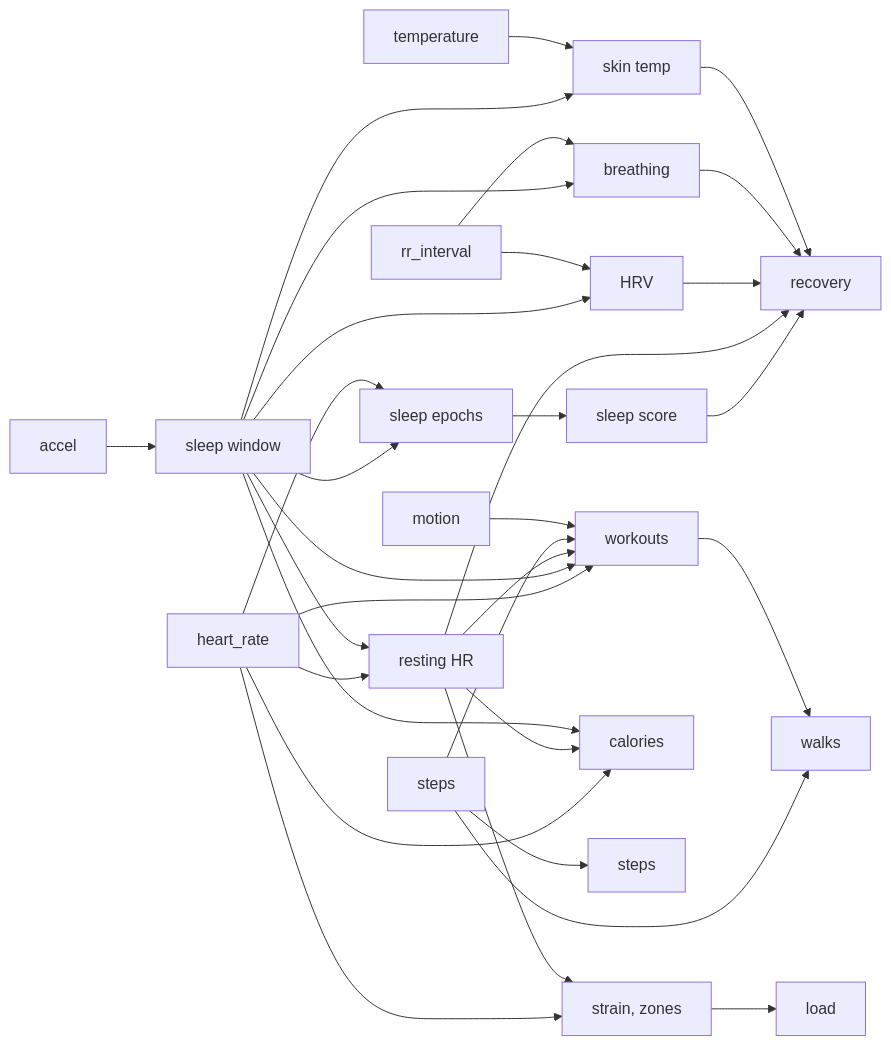
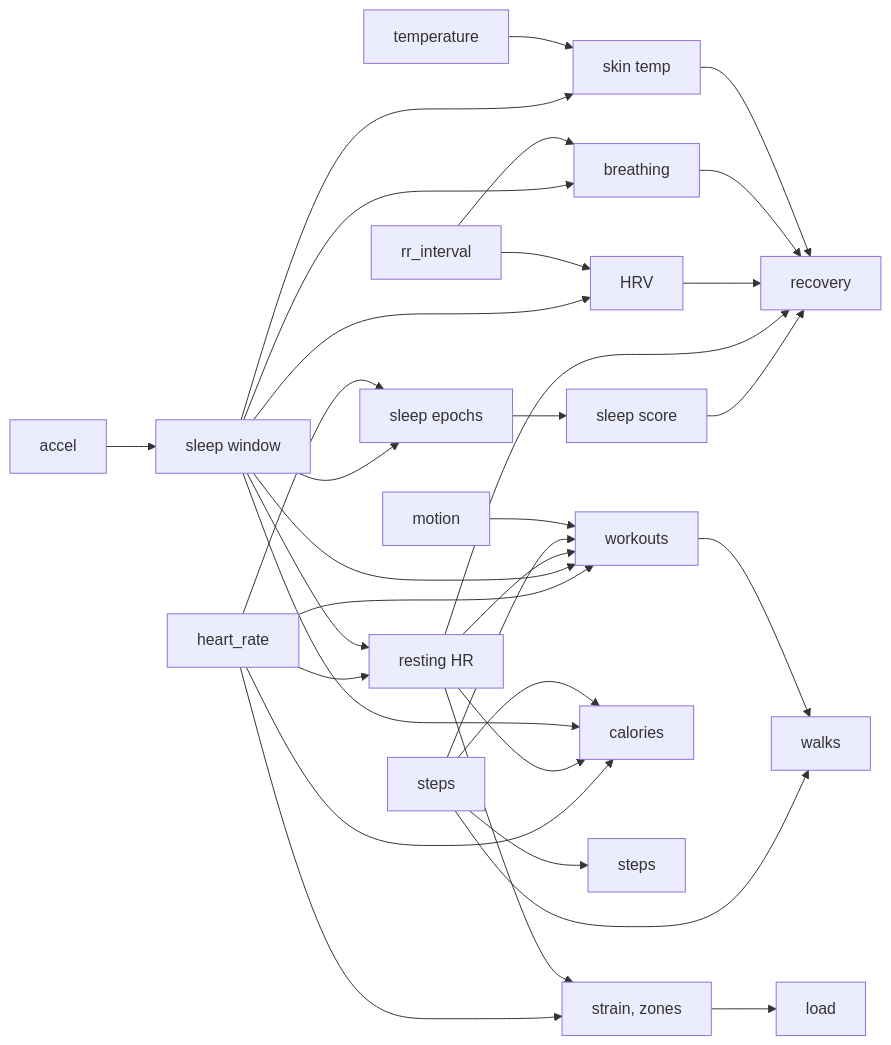
Before and after one commit to pkrshnan/dashboardify: the diagram in docs/health-metrics.md, drawn with Mermaid. The commit also changed other lines of this file and 5 other files, not shown here.

````diff
--- a/docs/health-metrics.md
+++ b/docs/health-metrics.md
@@ -8,15 +8,15 @@
 ```mermaid
 flowchart LR
   A[accel] --> S[sleep window] --> E[sleep epochs] --> SS[sleep score] --> REC[recovery]
   HR[heart_rate] --> E & R[resting HR] & ST[strain, zones] & W[workouts]
   S --> R & H[HRV] & B[breathing] & T[skin temp] & W
   RR[rr_interval] --> H & B
   TMP[temperature] --> T
   R & H & B & T --> REC
   R --> ST & W
   ST --> L[load]
   HR & R & S --> CAL[calories]
-  STP[steps] --> STEPS[steps] & W & WK[walks]
+  STP[steps] --> STEPS[steps] & W & WK[walks] & CAL
   MOT[motion] --> W
   W --> WK
 ```
````
